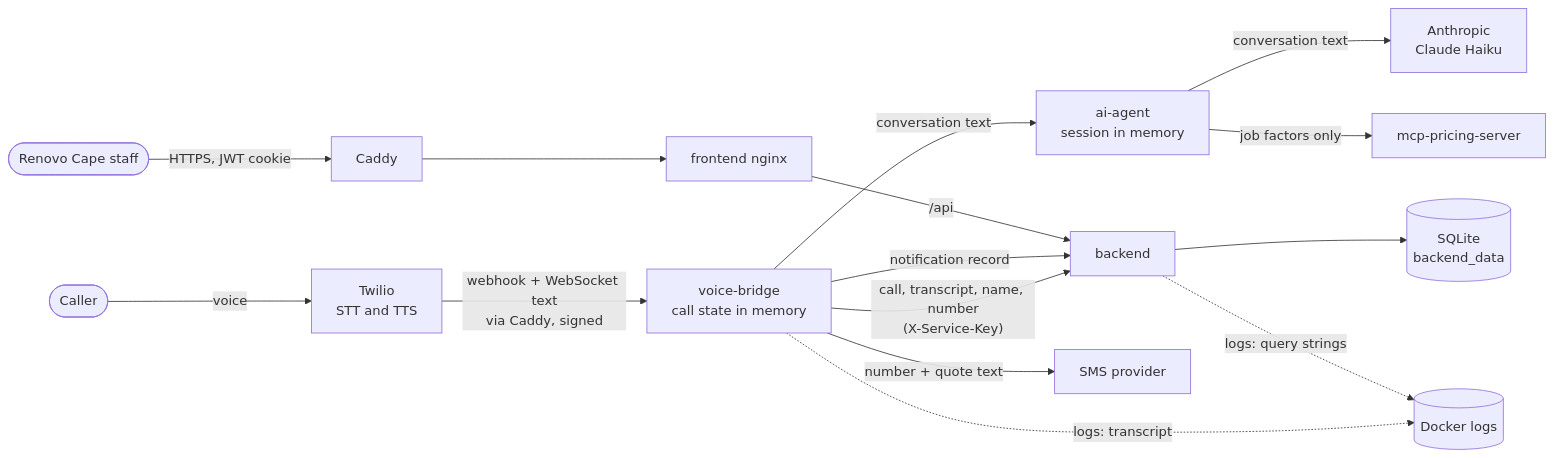
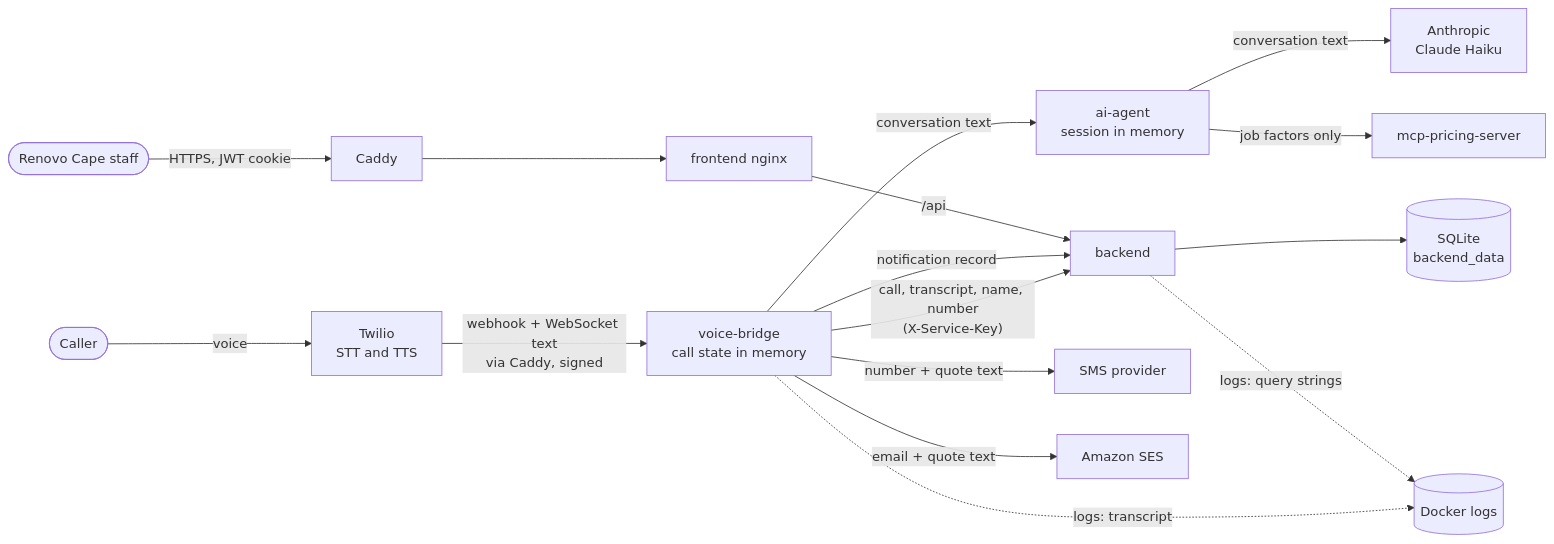
One commit to YandaTech/INSY7315-Renovo changed the diagram in docs/security-design.md. Above: the diagram before and after it, drawn with Mermaid. The commit also changed other lines of this file and 14 other files, not shown here.

First line of the commit message:
Email the quote through Amazon SES when the caller gives an email

````diff
--- a/docs/security-design.md
+++ b/docs/security-design.md
@@ -88,15 +88,16 @@
 ```mermaid
 flowchart LR
     C([Caller]) -- voice --> T[Twilio<br/>STT and TTS]
     T -- "webhook + WebSocket text<br/>via Caddy, signed" --> VB[voice-bridge<br/>call state in memory]
     VB -- "conversation text" --> AG[ai-agent<br/>session in memory]
     AG -- "conversation text" --> AN[Anthropic<br/>Claude Haiku]
     AG -- "job factors only" --> PR[mcp-pricing-server]
     VB -- "call, transcript, name, number<br/>(X-Service-Key)" --> BE[backend]
     BE --> DB[(SQLite<br/>backend_data)]
     VB -- "number + quote text" --> SMS[SMS provider]
+    VB -- "email + quote text" --> SES[Amazon SES]
     VB -- "notification record" --> BE
     S([Renovo Cape staff]) -- "HTTPS, JWT cookie" --> CA[Caddy] --> FE[frontend nginx] -- "/api" --> BE
     VB -. "logs: transcript" .-> L[(Docker logs)]
     BE -. "logs: query strings" .-> L
 ```
````
